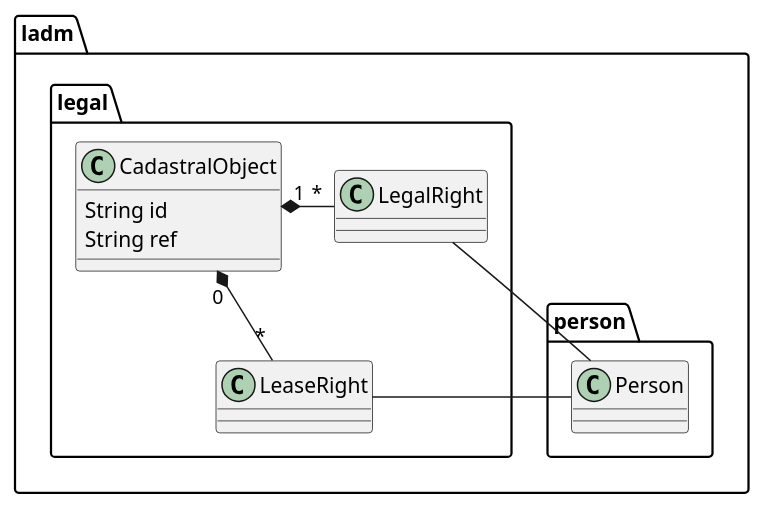
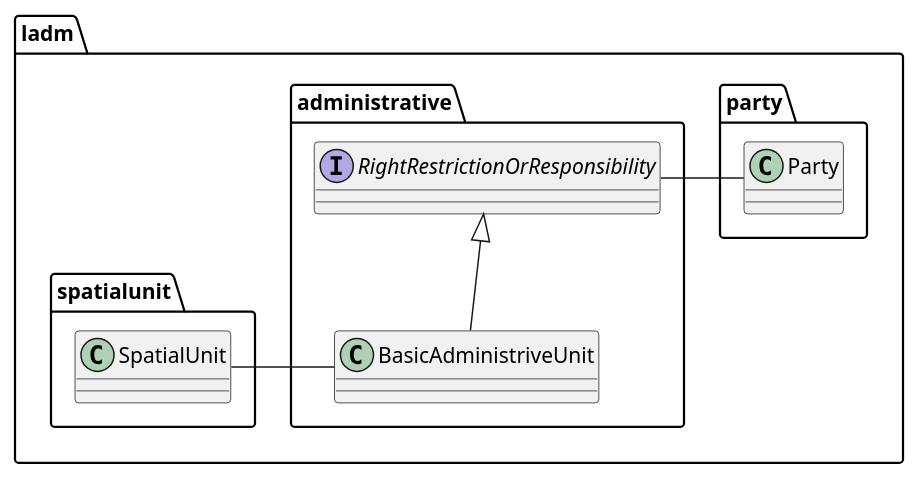
Before and after one commit to marcvanandel/model-driven-low-code-playground: the diagram in land-administration-system/src/land-registry-legal.puml, drawn with PlantUML. The commit also changed 1 other file, not shown here.

Commit message:
ladm section 5.2

```diff
--- a/land-administration-system/src/land-registry-legal.puml
+++ b/land-administration-system/src/land-registry-legal.puml
@@ -1,30 +1,29 @@
-@startuml LandRegistryLegal
+@startuml LandAdministrationDomainModel
 allow_mixing
 
-namespace ladm.legal {
-
-    class CadastralObject {
-        String id
-        String ref
-    }
-
-    class LegalRight {
-
-    }
-
-    class LeaseRight {
-
-    }
-
-    CadastralObject "1" *-right- "*" LegalRight
-    CadastralObject "0" *-- "*" LeaseRight
+namespace ladm.party {
+    class Party {}
 }
 
-namespace ladm.person {
-    class Person {}
+namespace ladm.administrative {
+
+    interface RightRestrictionOrResponsibility
+
+    class BasicAdministriveUnit
+
+    RightRestrictionOrResponsibility <|-- BasicAdministriveUnit
+
+    ' CadastralObject "1" *-right- "*" LegalRight
+    ' CadastralObject "0" *-- "*" LeaseRight
 }
 
-ladm.legal.LegalRight -- ladm.person.Person
-ladm.legal.LeaseRight -right- ladm.person.Person
+namespace ladm.spatialunit {
+
+    class SpatialUnit
+
+}
+
+ladm.party.Party -right- ladm.administrative.RightRestrictionOrResponsibility
+ladm.administrative.BasicAdministriveUnit -right- ladm.spatialunit.SpatialUnit
 
 @enduml
```
